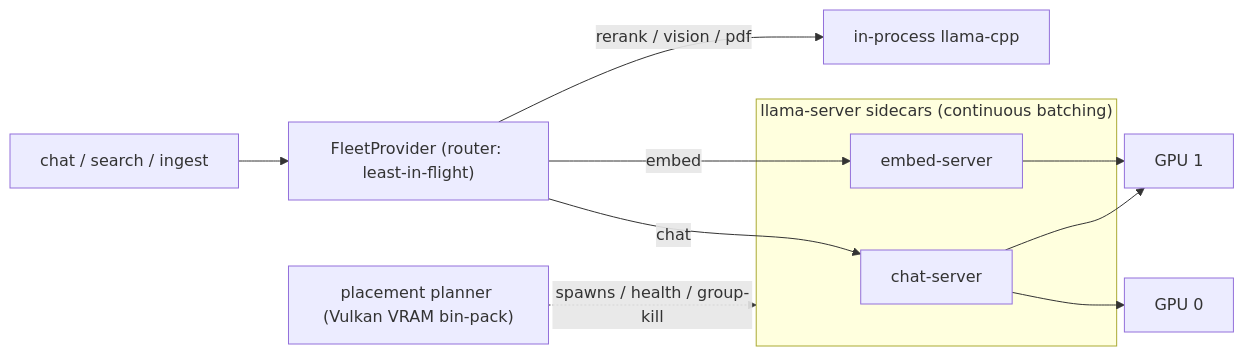
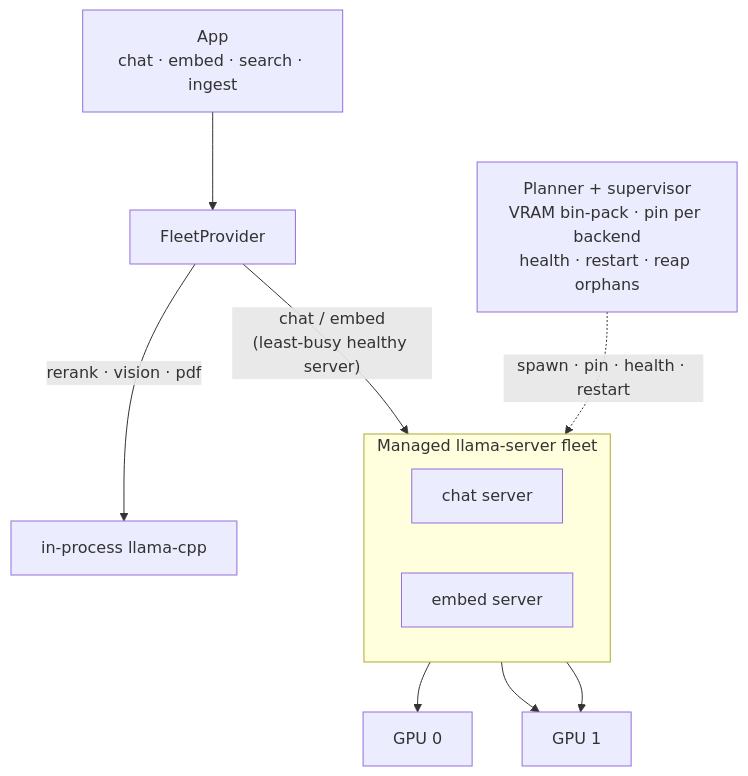
One commit to tobocop2/lilbee changed the third of 7 diagrams in docs/architecture.md. Above: the diagram before and after it, drawn with Mermaid.

Commit message:
docs: clearer multi-GPU fleet diagram (top-down flow, supervisor, GPU placement)

````diff
--- a/docs/architecture.md
+++ b/docs/architecture.md
@@ -138,18 +138,23 @@
 ```mermaid
-flowchart LR
-    APP["chat / search / ingest"]
-    FP["FleetProvider (router: least-in-flight)"]
-    PLAN["placement planner (Vulkan VRAM bin-pack)"]
+flowchart TD
+    APP["App<br/>chat · embed · search · ingest"]
+    FP["FleetProvider"]
+    LOCAL["in-process llama-cpp"]
+    SUP["Planner + supervisor<br/>VRAM bin-pack · pin per backend<br/>health · restart · reap orphans"]
+
     APP --> FP
-    PLAN -. spawns / health / group-kill .-> FLEET
-    FP -->|chat| CS["chat-server"]
-    FP -->|embed| ES["embed-server"]
-    FP -->|rerank / vision / pdf| LOCAL["in-process llama-cpp"]
-    subgraph FLEET["llama-server sidecars (continuous batching)"]
-        CS
-        ES
+    FP -->|"chat / embed<br/>(least-busy healthy server)"| FLEET
+    FP -->|"rerank · vision · pdf"| LOCAL
+
+    subgraph FLEET["Managed llama-server fleet"]
+        direction LR
+        CS["chat server"]
+        ES["embed server"]
     end
+
+    SUP -. "spawn · pin · health · restart" .-> FLEET
+
     CS --> G0["GPU 0"]
     CS --> G1["GPU 1"]
     ES --> G1
 ```
````
